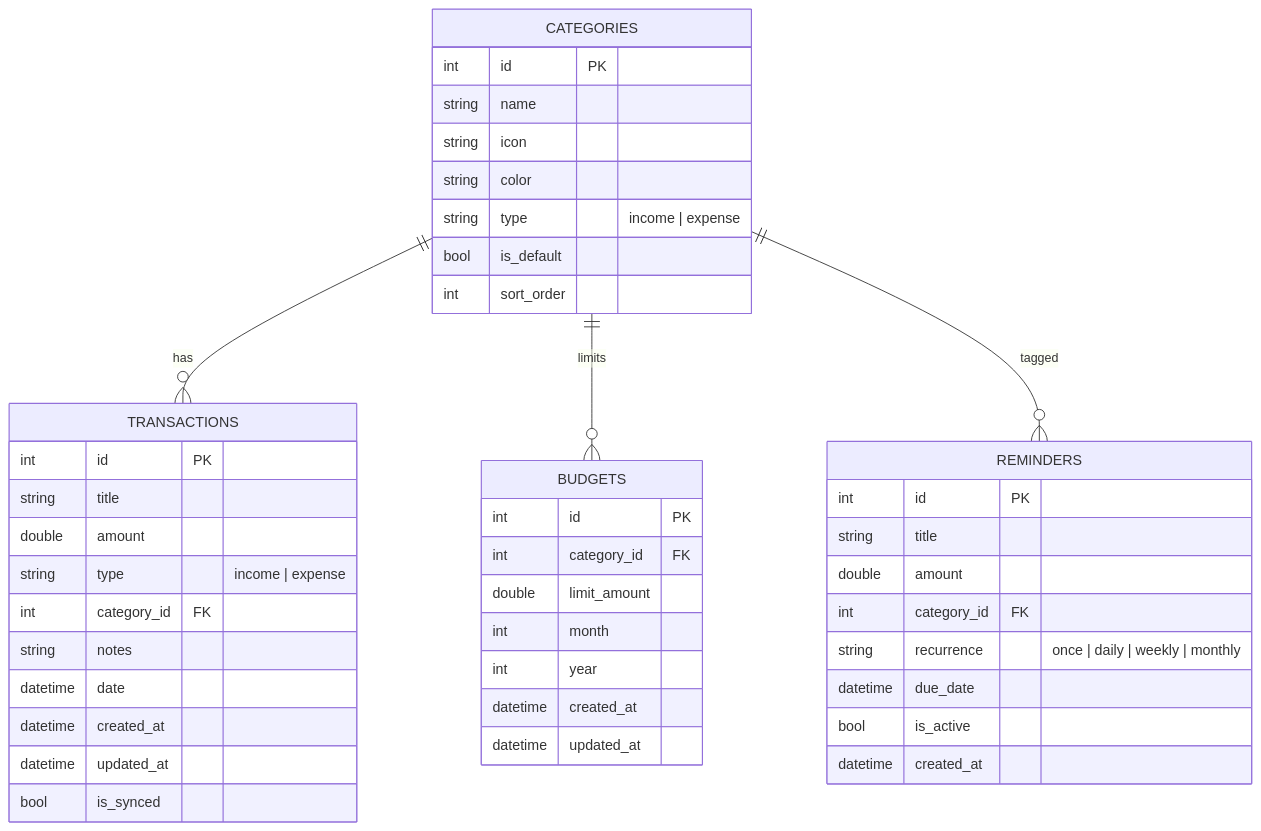
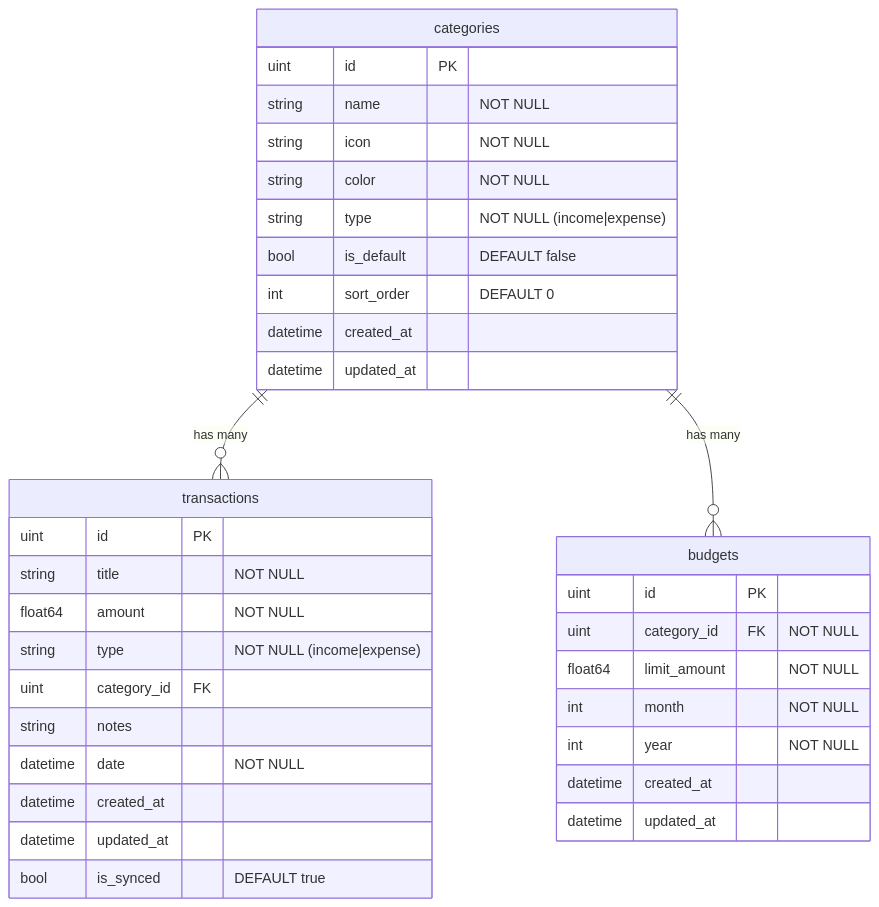
The second of 5 diagrams in implementation_plan.md (rafrusth/budgetKos_KB), drawn with Mermaid before and after one commit. The commit also changed other lines of this file, not shown here.

Commit message:
docs: rewrite implementation_plan.md to match current architecture

````diff
--- a/implementation_plan.md
+++ b/implementation_plan.md
@@ -635,50 +270,40 @@
 ```mermaid
 erDiagram
-    CATEGORIES ||--o{ TRANSACTIONS : "has"
-    CATEGORIES ||--o{ BUDGETS : "limits"
-    CATEGORIES ||--o{ REMINDERS : "tagged"
-
-    TRANSACTIONS {
-        int id PK
-        string title
-        double amount
-        string type "income | expense"
-        int category_id FK
-        string notes
-        datetime date
-        datetime created_at
-        datetime updated_at
-        bool is_synced
-    }
-
-    CATEGORIES {
-        int id PK
-        string name
-        string icon
-        string color
-        string type "income | expense"
-        bool is_default
-        int sort_order
-    }
-
-    BUDGETS {
-        int id PK
-        int category_id FK
-        double limit_amount
-        int month
-        int year
+    categories {
+        uint id PK
+        string name "NOT NULL"
+        string icon "NOT NULL"
+        string color "NOT NULL"
+        string type "NOT NULL (income|expense)"
+        bool is_default "DEFAULT false"
+        int sort_order "DEFAULT 0"
         datetime created_at
         datetime updated_at
     }
 
-    REMINDERS {
-        int id PK
-        string title
-        double amount
-        int category_id FK
-        string recurrence "once | daily | weekly | monthly"
-        datetime due_date
-        bool is_active
+    transactions {
+        uint id PK
+        string title "NOT NULL"
+        float64 amount "NOT NULL"
+        string type "NOT NULL (income|expense)"
+        uint category_id FK
+        string notes
+        datetime date "NOT NULL"
         datetime created_at
+        datetime updated_at
+        bool is_synced "DEFAULT true"
     }
+
+    budgets {
+        uint id PK
+        uint category_id FK "NOT NULL"
+        float64 limit_amount "NOT NULL"
+        int month "NOT NULL"
+        int year "NOT NULL"
+        datetime created_at
+        datetime updated_at
+    }
+
+    categories ||--o{ transactions : "has many"
+    categories ||--o{ budgets : "has many"
 ```
````
